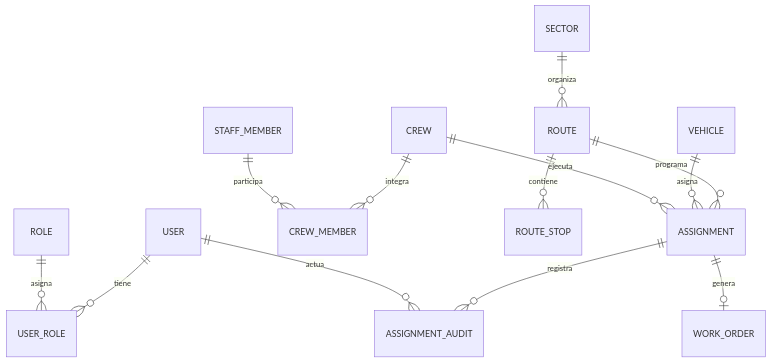
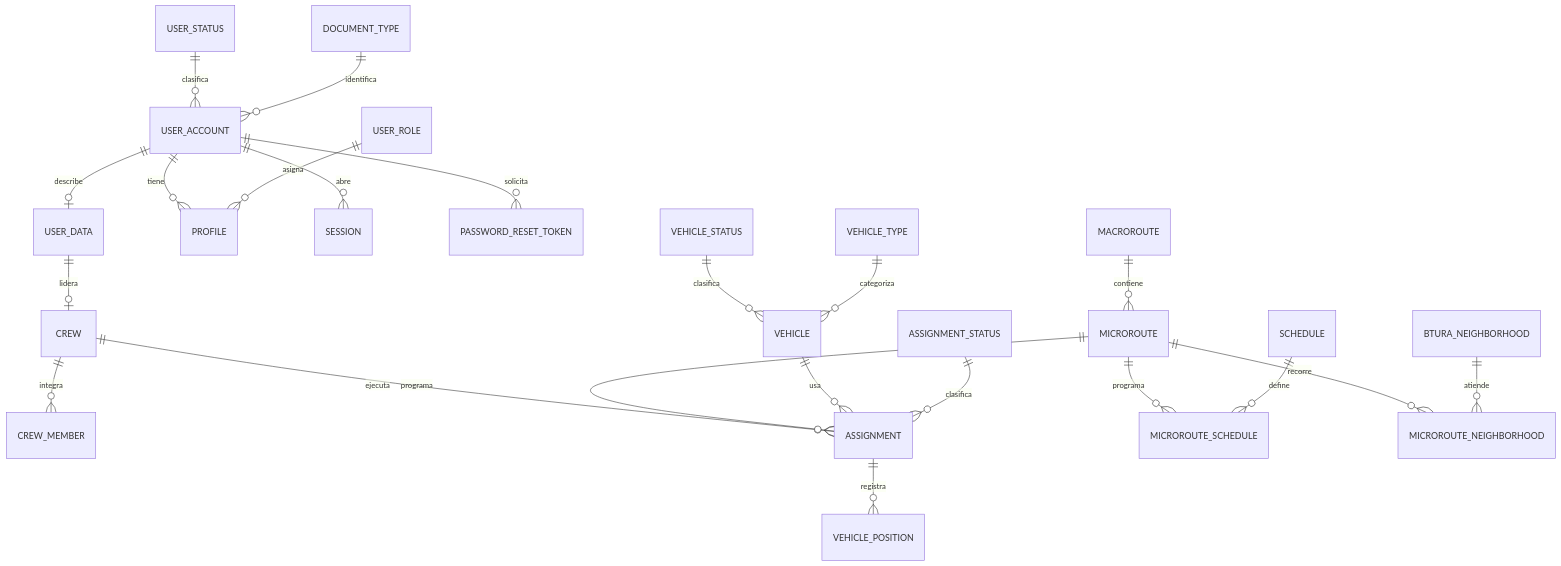
The diagram in docs/DATABASE_DESIGN.md (Univalle-P-I/VINTRA), drawn with Mermaid before and after one commit. The commit also changed other lines of this file, not shown here.

````diff
--- a/docs/DATABASE_DESIGN.md
+++ b/docs/DATABASE_DESIGN.md
@@ -34,15 +43,24 @@
 ```mermaid
 erDiagram
-  USER ||--o{ USER_ROLE : tiene
-  ROLE ||--o{ USER_ROLE : asigna
+  USER_STATUS ||--o{ USER_ACCOUNT : clasifica
+  DOCUMENT_TYPE ||--o{ USER_ACCOUNT : identifica
+  USER_ACCOUNT ||--o| USER_DATA : describe
+  USER_ACCOUNT ||--o{ PROFILE : tiene
+  USER_ROLE ||--o{ PROFILE : asigna
+  USER_ACCOUNT ||--o{ SESSION : abre
+  USER_ACCOUNT ||--o{ PASSWORD_RESET_TOKEN : solicita
+  USER_DATA ||--o| CREW : lidera
   CREW ||--o{ CREW_MEMBER : integra
-  STAFF_MEMBER ||--o{ CREW_MEMBER : participa
-  SECTOR ||--o{ ROUTE : organiza
-  ROUTE ||--o{ ROUTE_STOP : contiene
-  ROUTE ||--o{ ASSIGNMENT : programa
-  VEHICLE ||--o{ ASSIGNMENT : asigna
+  VEHICLE_STATUS ||--o{ VEHICLE : clasifica
+  VEHICLE_TYPE ||--o{ VEHICLE : categoriza
   CREW ||--o{ ASSIGNMENT : ejecuta
-  ASSIGNMENT ||--o{ ASSIGNMENT_AUDIT : registra
-  USER ||--o{ ASSIGNMENT_AUDIT : actua
-  ASSIGNMENT ||--o| WORK_ORDER : genera
+  MICROROUTE ||--o{ ASSIGNMENT : programa
+  VEHICLE ||--o{ ASSIGNMENT : usa
+  ASSIGNMENT_STATUS ||--o{ ASSIGNMENT : clasifica
+  ASSIGNMENT ||--o{ VEHICLE_POSITION : registra
+  MACROROUTE ||--o{ MICROROUTE : contiene
+  MICROROUTE ||--o{ MICROROUTE_SCHEDULE : programa
+  SCHEDULE ||--o{ MICROROUTE_SCHEDULE : define
+  MICROROUTE ||--o{ MICROROUTE_NEIGHBORHOOD : recorre
+  BTURA_NEIGHBORHOOD ||--o{ MICROROUTE_NEIGHBORHOOD : atiende
 ```
````
